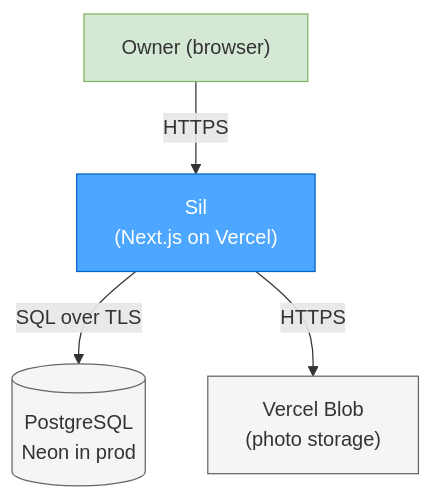
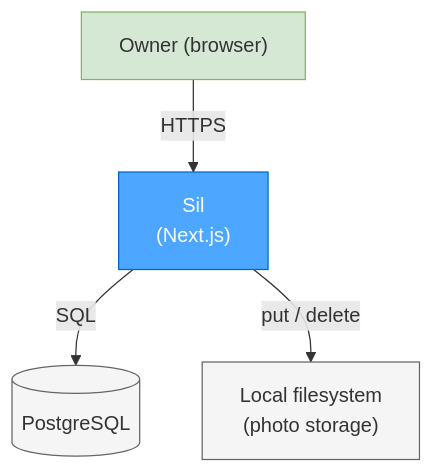
Before and after one commit to nnworkspace/sil: the first of 5 diagrams in docs/ARCHITECTURE.md, drawn with Mermaid. The commit also changed other lines of this file and 36 other files, not shown here.

````diff
--- a/docs/ARCHITECTURE.md
+++ b/docs/ARCHITECTURE.md
@@ -11,11 +11,11 @@
 ```mermaid
 graph TD
-    U["Owner (browser)"] -->|HTTPS| APP["Sil<br/>(Next.js on Vercel)"]
-    APP -->|SQL over TLS| DB[("PostgreSQL<br/>Neon in prod")]
-    APP -->|HTTPS| BLOB["Vercel Blob<br/>(photo storage)"]
+    U["Owner (browser)"] -->|HTTPS| APP["Sil<br/>(Next.js)"]
+    APP -->|SQL| DB[("PostgreSQL")]
+    APP -->|"put / delete"| FS["Local filesystem<br/>(photo storage)"]
 
     style APP fill:#4da6ff,stroke:#0066cc,color:#fff
     style U fill:#d5e8d4,stroke:#82b366
     style DB fill:#f5f5f5,stroke:#666
-    style BLOB fill:#f5f5f5,stroke:#666
+    style FS fill:#f5f5f5,stroke:#666
 ```
````
